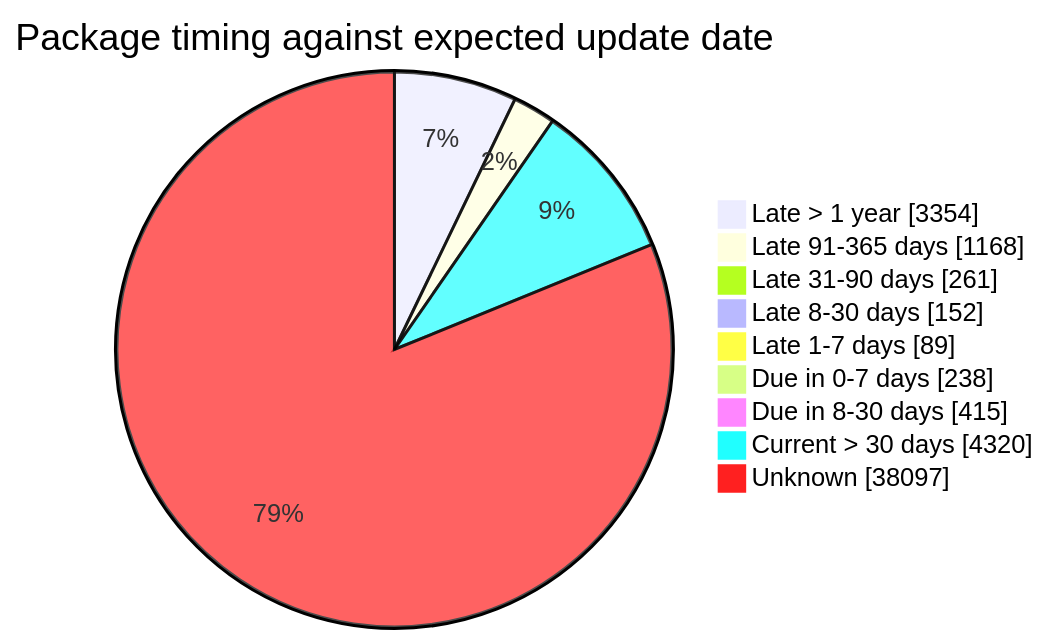
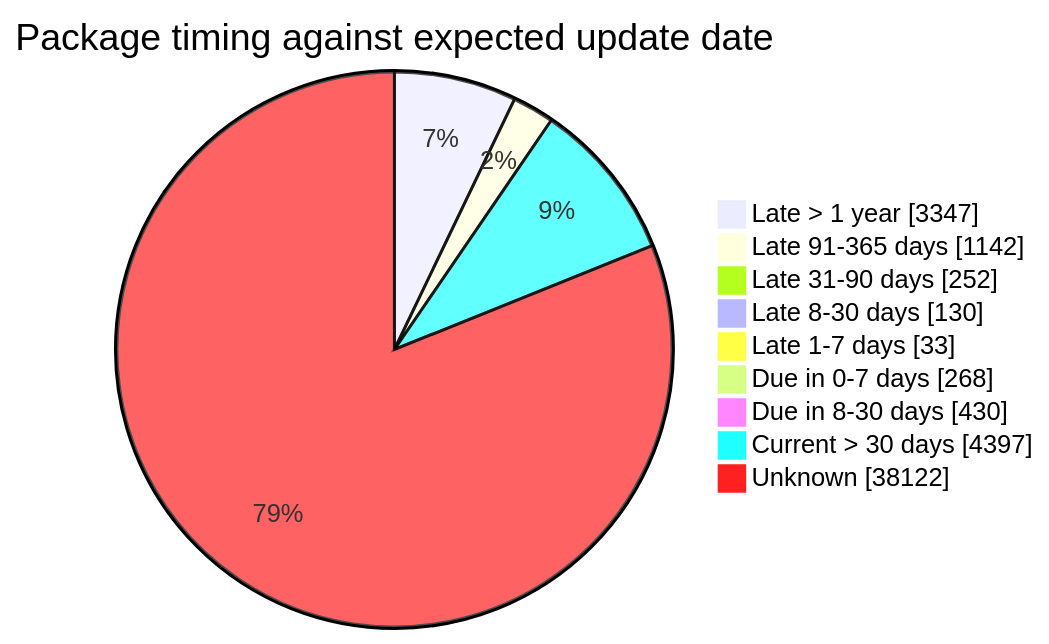
Before and after one commit to open-data/analytics-corporate-reporting: the fourth of 5 diagrams in FreshCheck/README.md, drawn with Mermaid. The commit also changed other lines of this file and 3 other files, not shown here.

````diff
--- a/FreshCheck/README.md
+++ b/FreshCheck/README.md
@@ -86,12 +86,12 @@
 ```mermaid
 pie showData title Package timing against expected update date
-    "Late > 1 year": 3354
-    "Late 91-365 days": 1168
-    "Late 31-90 days": 261
-    "Late 8-30 days": 152
-    "Late 1-7 days": 89
-    "Due in 0-7 days": 238
-    "Due in 8-30 days": 415
-    "Current > 30 days": 4320
-    "Unknown": 38097
+    "Late > 1 year": 3347
+    "Late 91-365 days": 1142
+    "Late 31-90 days": 252
+    "Late 8-30 days": 130
+    "Late 1-7 days": 33
+    "Due in 0-7 days": 268
+    "Due in 8-30 days": 430
+    "Current > 30 days": 4397
+    "Unknown": 38122
 ```
````
